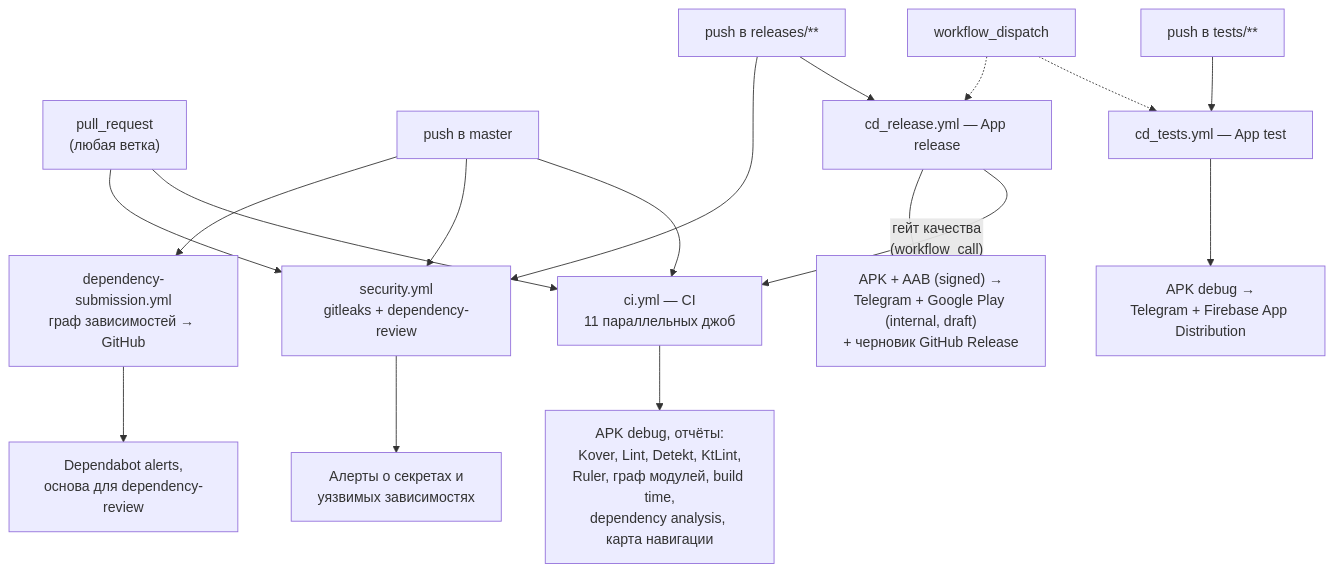
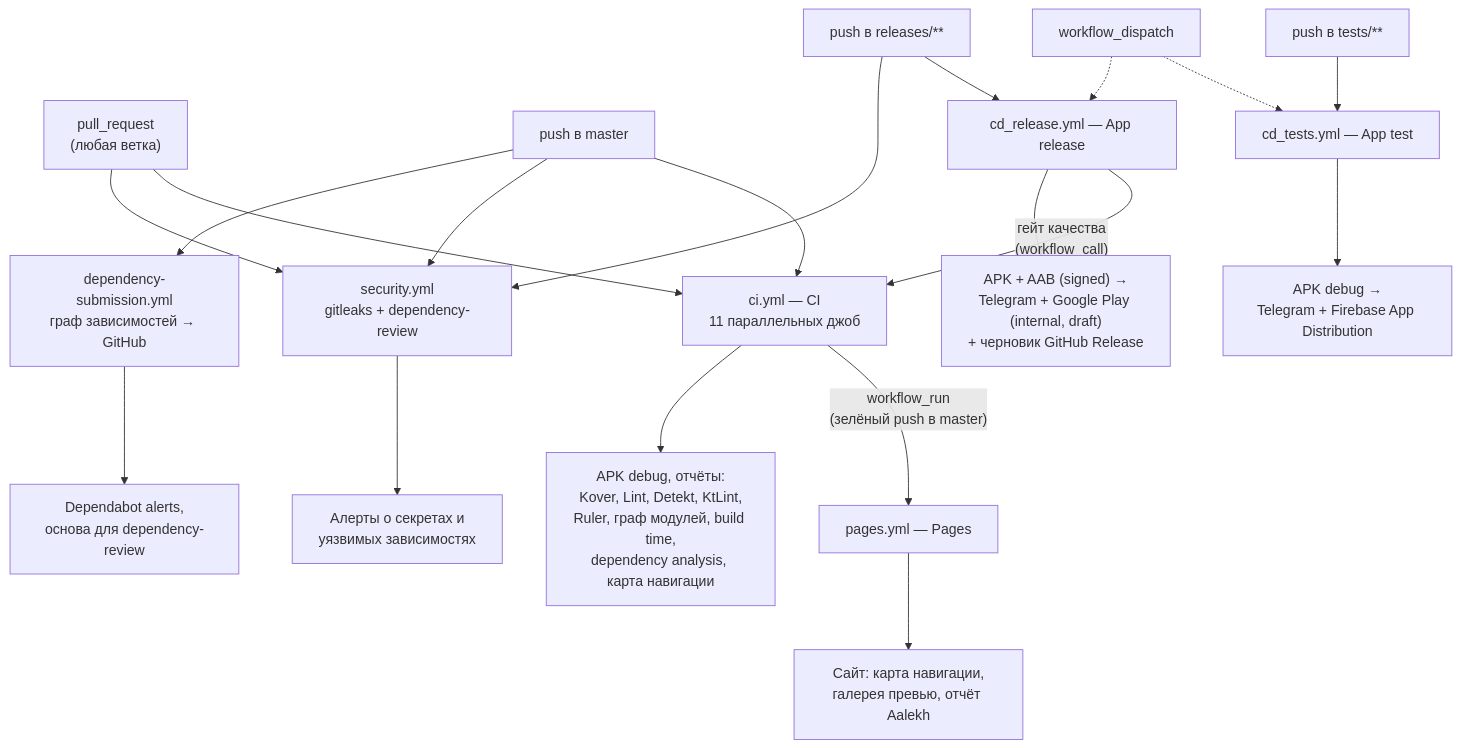
The first of 4 diagrams in docs/ci-cd.md (IliaVoskoboinikov/Finance-Manager), drawn with Mermaid before and after one commit. The commit also changed other lines of this file and 32 other files, not shown here.

````diff
--- a/docs/ci-cd.md
+++ b/docs/ci-cd.md
@@ -14,20 +14,22 @@
 ```mermaid
 flowchart TD
     pr["pull_request<br/>(любая ветка)"] --> ci["ci.yml — CI<br/>11 параллельных джоб"]
     pushM["push в master"] --> ci
     pr --> sec["security.yml<br/>gitleaks + dependency-review"]
     pushM --> sec
     pushM --> dep["dependency-submission.yml<br/>граф зависимостей → GitHub"]
     pushT["push в tests/**"] --> cdt["cd_tests.yml — App test"]
     pushR["push в releases/**"] --> cdr["cd_release.yml — App release"]
     pushR --> sec
     cdr -->|"гейт качества<br/>(workflow_call)"| ci
+    ci -->|"workflow_run<br/>(зелёный push в master)"| pages["pages.yml — Pages"]
+    pages --> art6["Сайт: карта навигации,<br/>галерея превью, отчёт Aalekh"]
     wd["workflow_dispatch"] -.-> cdt
     wd -.-> cdr
 
     ci --> art1["APK debug, отчёты:<br/>Kover, Lint, Detekt, KtLint,<br/>Ruler, граф модулей, build time,<br/>dependency analysis, карта навигации"]
     sec --> art4["Алерты о секретах и<br/>уязвимых зависимостях"]
     dep --> art5["Dependabot alerts,<br/>основа для dependency-review"]
     cdt --> art2["APK debug →<br/>Telegram + Firebase App Distribution"]
     cdr --> art3["APK + AAB (signed) →<br/>Telegram + Google Play (internal, draft)<br/>+ черновик GitHub Release"]
 ```
````
